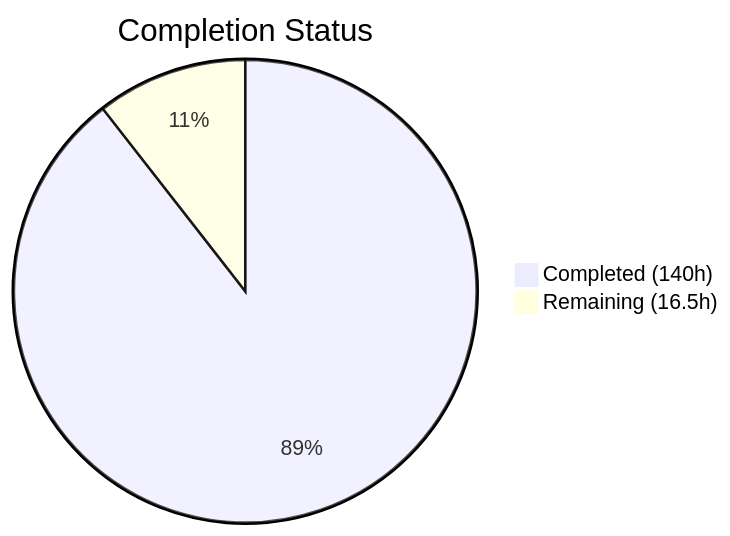
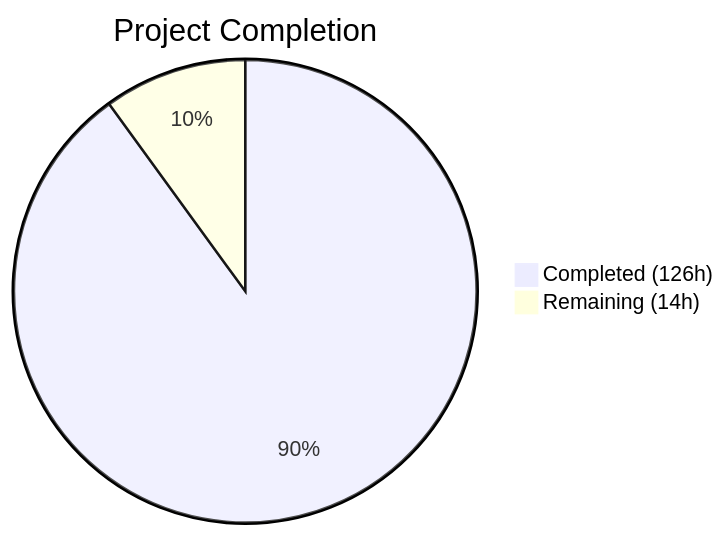
The first of 2 diagrams in blitzy/documentation/Project Guide.md (Blitzy-Sandbox/blitzy-formbricks), drawn with Mermaid before and after one commit. The commit also changed other lines of this file, not shown here.

Commit message:
Adding Blitzy Project Guide: Project Status and Human Tasks Remaining

````diff
--- a/blitzy/documentation/Project Guide.md
+++ b/blitzy/documentation/Project Guide.md
@@ -13,5 +13,5 @@
 ```mermaid
-pie title Completion Status
-    "Completed (140h)" : 140
-    "Remaining (16.5h)" : 16.5
+pie title Project Completion
+    "Completed (126h)" : 126
+    "Remaining (14h)" : 14
 ```
````
